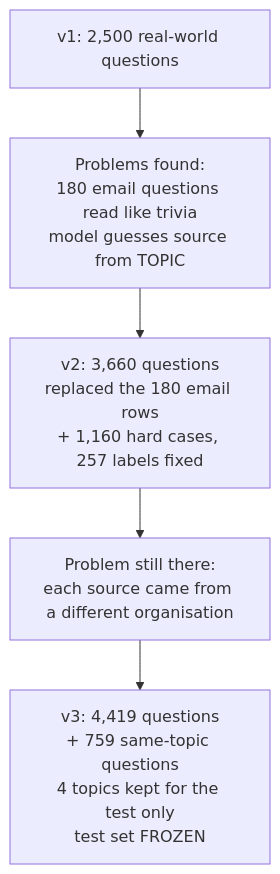
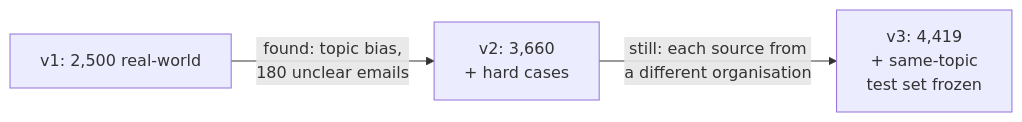
One commit to saramamatha19/AetherionPrism changed the third of 7 diagrams in README.md. Above: the diagram before and after it, drawn with Mermaid. The commit also changed other lines of this file and 1 other file, not shown here.

````diff
--- a/README.md
+++ b/README.md
@@ -198,7 +77,4 @@
 ```mermaid
-flowchart TD
-    V1["v1: 2,500 real-world questions"] --> P1["Problems found:<br/>180 email questions read like trivia<br/>model guesses source from TOPIC"]
-    P1 --> V2["v2: 3,660 questions<br/>replaced the 180 email rows<br/>+ 1,160 hard cases, 257 labels fixed"]
-    V2 --> P2["Problem still there:<br/>each source came from a different organisation"]
-    P2 --> V3["v3: 4,419 questions<br/>+ 759 same-topic questions<br/>4 topics kept for the test only<br/>test set FROZEN"]
+flowchart LR
+    V1["v1: 2,500 real-world"] -- "found: topic bias,<br/>180 unclear emails" --> V2["v2: 3,660<br/>+ hard cases"] -- "still: each source from<br/>a different organisation" --> V3["v3: 4,419<br/>+ same-topic<br/>test set frozen"]
 ```
````
